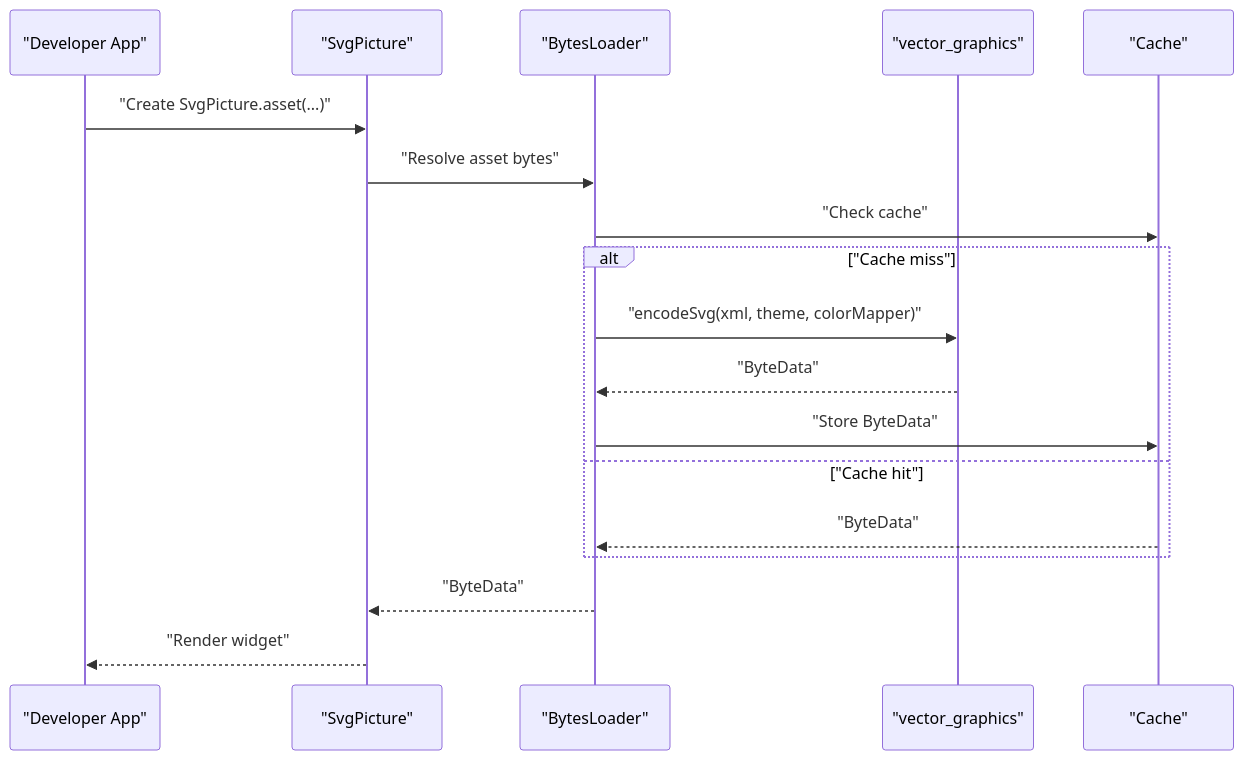
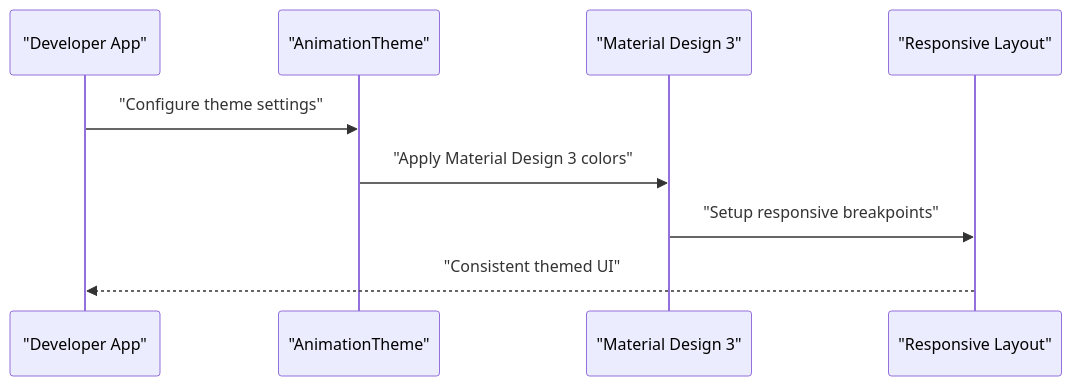
Before and after one commit to denisnadey/flutter_full_svg_support: the third of 8 diagrams in .qoder/repowiki/en/content/Examples and Tutorials.md, drawn with Mermaid. The commit also changed other lines of this file and 8 other files, not shown here.

````diff
--- a/.qoder/repowiki/en/content/Examples and Tutorials.md
+++ b/.qoder/repowiki/en/content/Examples and Tutorials.md
@@ -173,20 +237,11 @@
 ```mermaid
 sequenceDiagram
 participant Dev as "Developer App"
-participant SP as "SvgPicture"
-participant BL as "BytesLoader"
-participant VG as "vector_graphics"
-participant Cache as "Cache"
-Dev->>SP : "Create SvgPicture.asset(...)"
-SP->>BL : "Resolve asset bytes"
-BL->>Cache : "Check cache"
-alt "Cache miss"
-BL->>VG : "encodeSvg(xml, theme, colorMapper)"
-VG-->>BL : "ByteData"
-BL->>Cache : "Store ByteData"
-else "Cache hit"
-Cache-->>BL : "ByteData"
-end
-BL-->>SP : "ByteData"
-SP-->>Dev : "Render widget"
+participant AT as "AnimationTheme"
+participant UI as "Material Design 3"
+participant Responsive as "Responsive Layout"
+Dev->>AT : "Configure theme settings"
+AT->>UI : "Apply Material Design 3 colors"
+UI->>Responsive : "Setup responsive breakpoints"
+Responsive-->>Dev : "Consistent themed UI"
 ```
````
